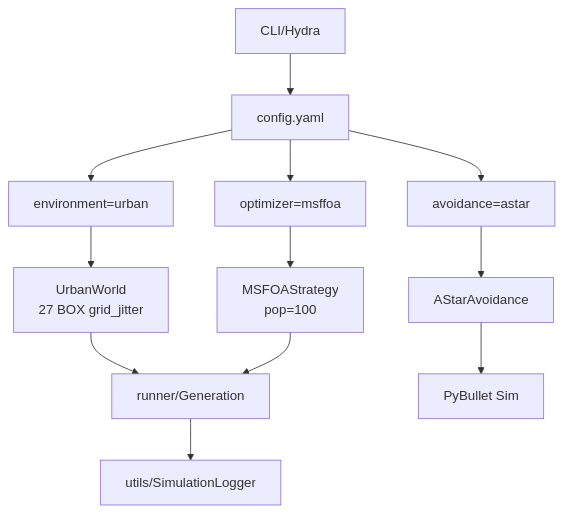
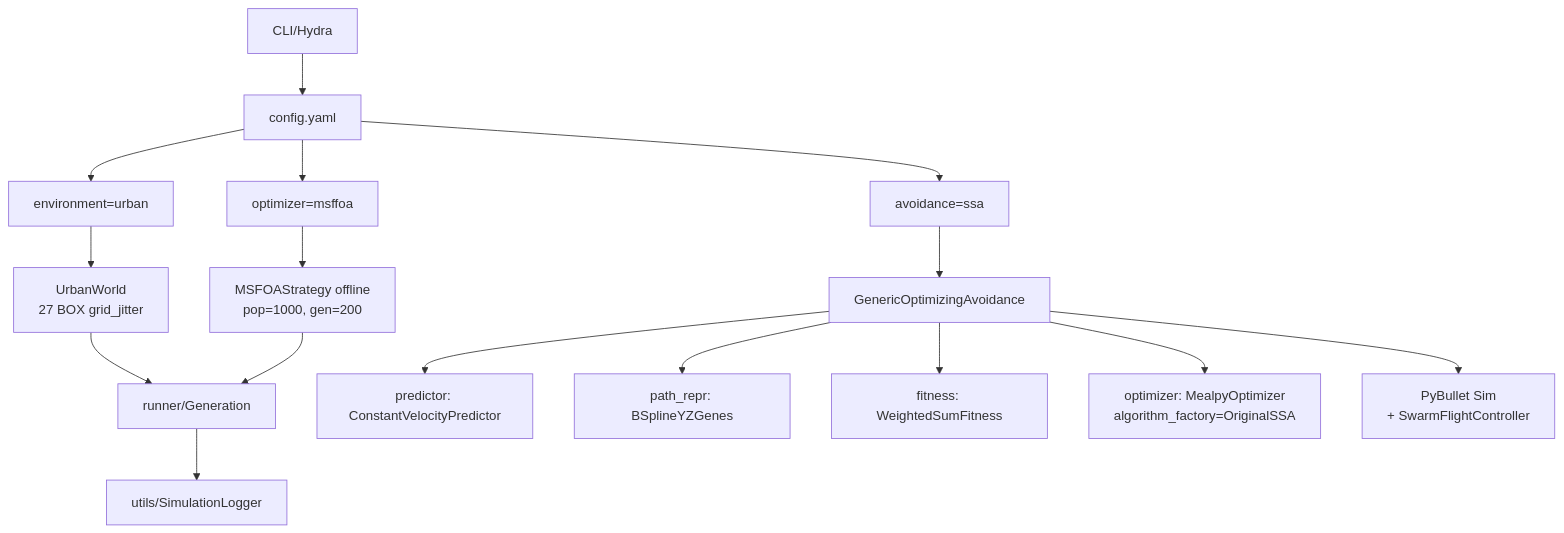
Before and after one commit to Ebi2626/drone-swarm-simulation: the diagram in configs/CONFIGS.md, drawn with Mermaid. The commit also changed other lines of this file and 7 other files, not shown here.

````diff
--- a/configs/CONFIGS.md
+++ b/configs/CONFIGS.md
@@ -127,15 +138,19 @@
 ```mermaid
 graph TD
     A[CLI/Hydra] --> B[config.yaml]
     B --> C[environment=urban]
     C --> D[UrbanWorld<br/>27 BOX grid_jitter]
     B --> E[optimizer=msffoa]
-    E --> F[MSFOAStrategy<br/>pop=100]
-    B --> G[avoidance=astar]
-    G --> H[AStarAvoidance]
-    
+    E --> F[MSFOAStrategy offline<br/>pop=1000, gen=200]
+    B --> G[avoidance=ssa]
+    G --> H[GenericOptimizingAvoidance]
+    H --> H1[predictor: ConstantVelocityPredictor]
+    H --> H2[path_repr: BSplineYZGenes]
+    H --> H3[fitness: WeightedSumFitness]
+    H --> H4[optimizer: MealpyOptimizer<br/>algorithm_factory=OriginalSSA]
+
     D --> I[runner/Generation]
     F --> I
-    H --> J[PyBullet Sim]
+    H --> J[PyBullet Sim<br/>+ SwarmFlightController]
     I --> K[utils/SimulationLogger]
 ```
````
